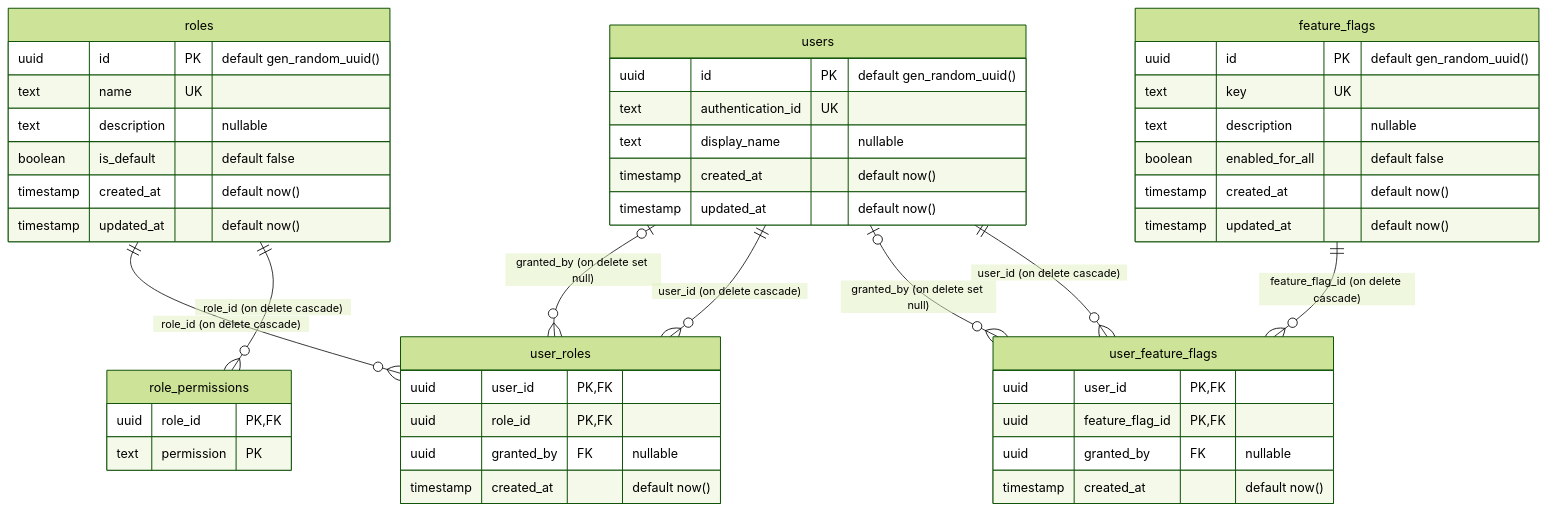
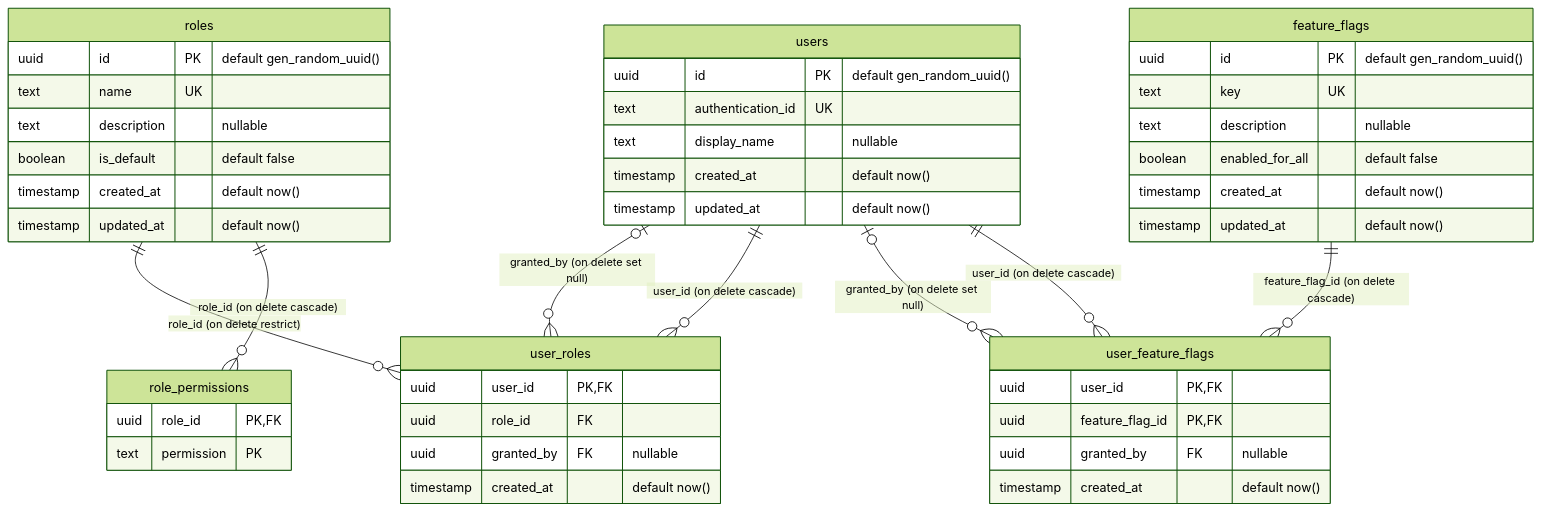
Before and after one commit to capitnflam/books: the diagram in packages/database/ERD.md, drawn with Mermaid (forest theme). The commit also changed 31 other files, not shown here.

First line of the commit message:
feat(webapp): add user management pages with one role per user (#28)

````diff
--- a/packages/database/ERD.md
+++ b/packages/database/ERD.md
@@ -7,49 +7,49 @@
 ```mermaid
 erDiagram
   roles ||--o{ role_permissions : "role_id (on delete cascade)"
   users ||--o{ user_feature_flags : "user_id (on delete cascade)"
   feature_flags ||--o{ user_feature_flags : "feature_flag_id (on delete cascade)"
   users |o--o{ user_feature_flags : "granted_by (on delete set null)"
   users ||--o{ user_roles : "user_id (on delete cascade)"
-  roles ||--o{ user_roles : "role_id (on delete cascade)"
+  roles ||--o{ user_roles : "role_id (on delete restrict)"
   users |o--o{ user_roles : "granted_by (on delete set null)"
   feature_flags {
     uuid id PK "default gen_random_uuid()"
     text key UK
     text description "nullable"
     boolean enabled_for_all "default false"
     timestamp created_at "default now()"
     timestamp updated_at "default now()"
   }
   role_permissions {
     uuid role_id PK,FK
     text permission PK
   }
   roles {
     uuid id PK "default gen_random_uuid()"
     text name UK
     text description "nullable"
     boolean is_default "default false"
     timestamp created_at "default now()"
     timestamp updated_at "default now()"
   }
   user_feature_flags {
     uuid user_id PK,FK
     uuid feature_flag_id PK,FK
     uuid granted_by FK "nullable"
     timestamp created_at "default now()"
   }
   user_roles {
     uuid user_id PK,FK
-    uuid role_id PK,FK
+    uuid role_id FK
     uuid granted_by FK "nullable"
     timestamp created_at "default now()"
   }
   users {
     uuid id PK "default gen_random_uuid()"
     text authentication_id UK
     text display_name "nullable"
     timestamp created_at "default now()"
     timestamp updated_at "default now()"
   }
 ```
````
